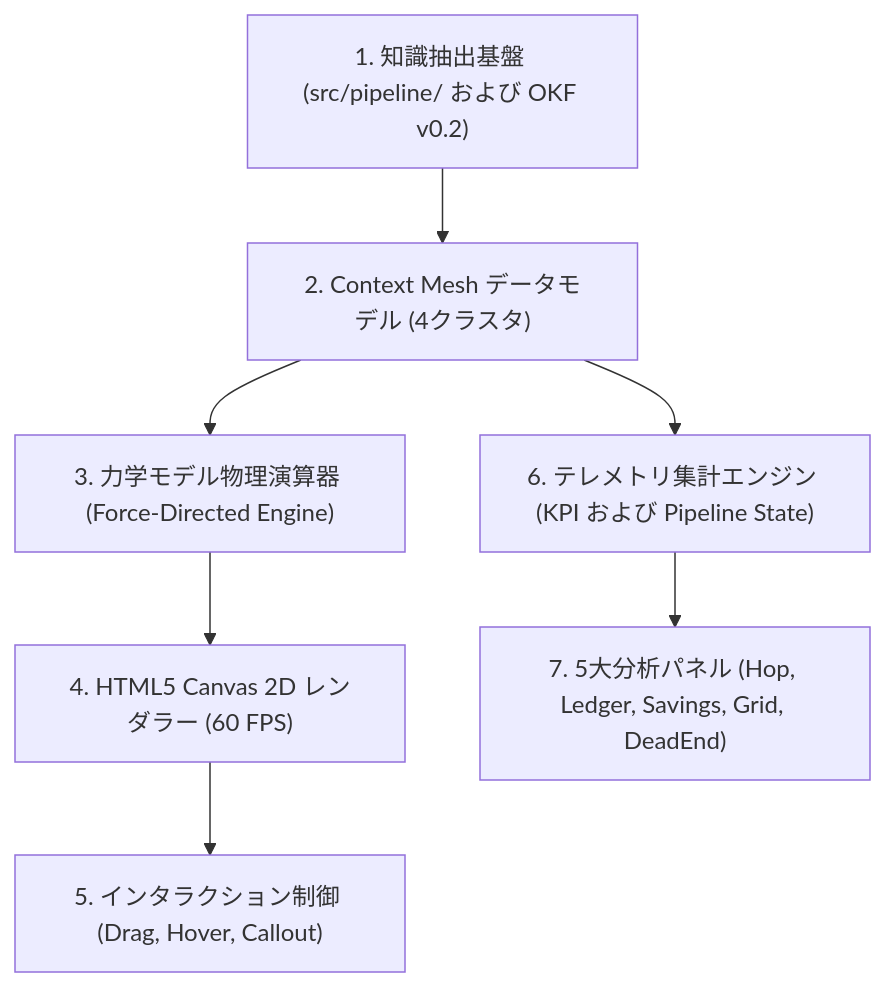
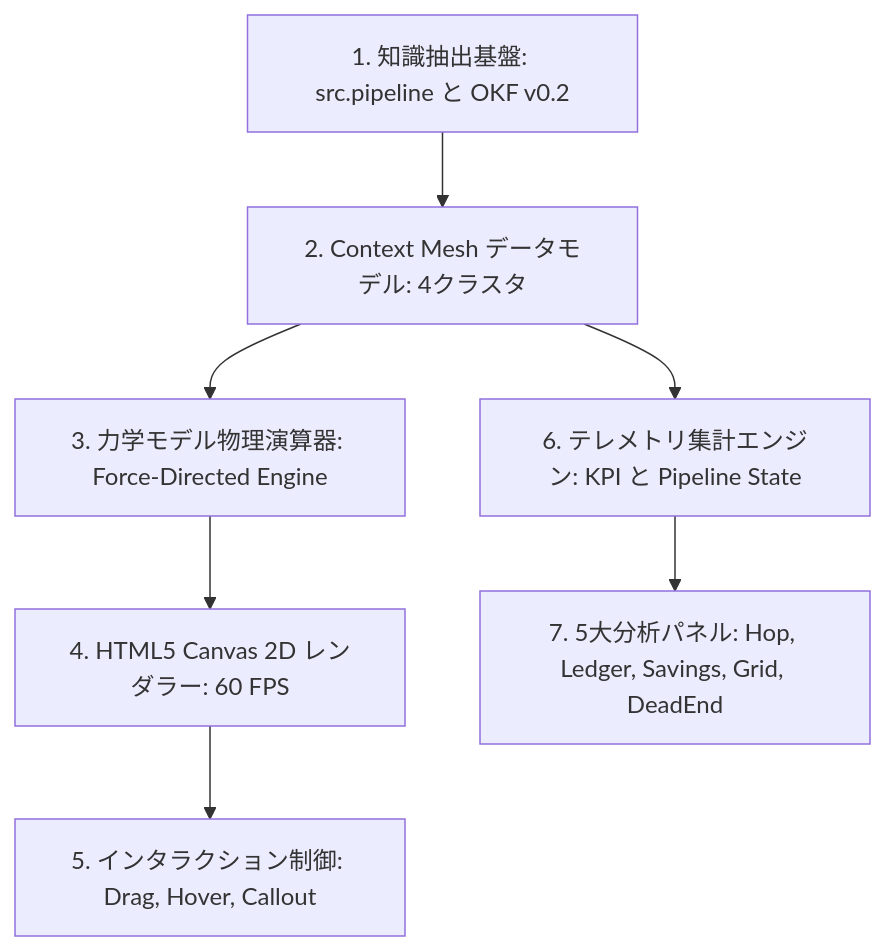
The first of 6 diagrams in docs/designs/DSN-14-graph_engineering_dashboard.md (rokujyouhitoma/arxiv-security-papers), drawn with Mermaid before and after one commit. The commit also changed other lines of this file, not shown here.

Commit message:
fix(docs): fix Mermaid diagram syntax in DSN-14 for universal renderer compatibility

````diff
--- a/docs/designs/DSN-14-graph_engineering_dashboard.md
+++ b/docs/designs/DSN-14-graph_engineering_dashboard.md
@@ -72,9 +72,9 @@
 ```mermaid
-graph TD
-    Sources["1. 知識抽出基盤 (src/pipeline/ および OKF v0.2)"] --> MeshData["2. Context Mesh データモデル (4クラスタ)"]
-    MeshData --> PhysicsEngine["3. 力学モデル物理演算器 (Force-Directed Engine)"]
-    PhysicsEngine --> CanvasRenderer["4. HTML5 Canvas 2D レンダラー (60 FPS)"]
-    CanvasRenderer --> UIInteractions["5. インタラクション制御 (Drag, Hover, Callout)"]
-    MeshData --> TelemetryHub["6. テレメトリ集計エンジン (KPI および Pipeline State)"]
-    TelemetryHub --> MicroCharts["7. 5大分析パネル (Hop, Ledger, Savings, Grid, DeadEnd)"]
+flowchart TD
+    Sources["1. 知識抽出基盤: src.pipeline と OKF v0.2"] --> MeshData["2. Context Mesh データモデル: 4クラスタ"]
+    MeshData --> PhysicsEngine["3. 力学モデル物理演算器: Force-Directed Engine"]
+    PhysicsEngine --> CanvasRenderer["4. HTML5 Canvas 2D レンダラー: 60 FPS"]
+    CanvasRenderer --> UIInteractions["5. インタラクション制御: Drag, Hover, Callout"]
+    MeshData --> TelemetryHub["6. テレメトリ集計エンジン: KPI と Pipeline State"]
+    TelemetryHub --> MicroCharts["7. 5大分析パネル: Hop, Ledger, Savings, Grid, DeadEnd"]
 ```
````
